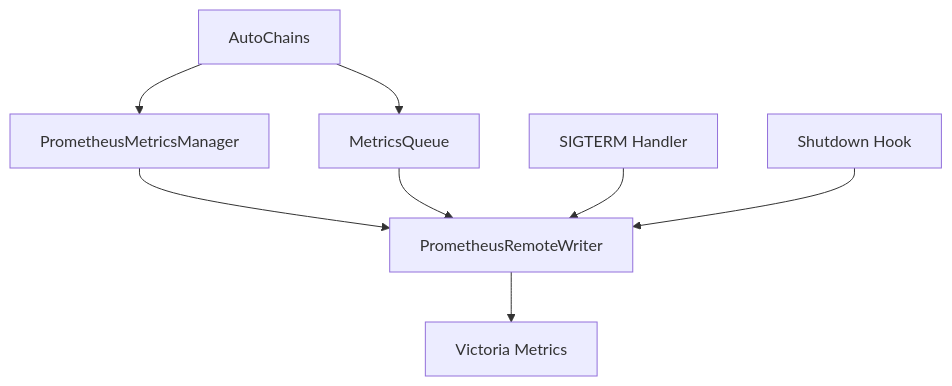
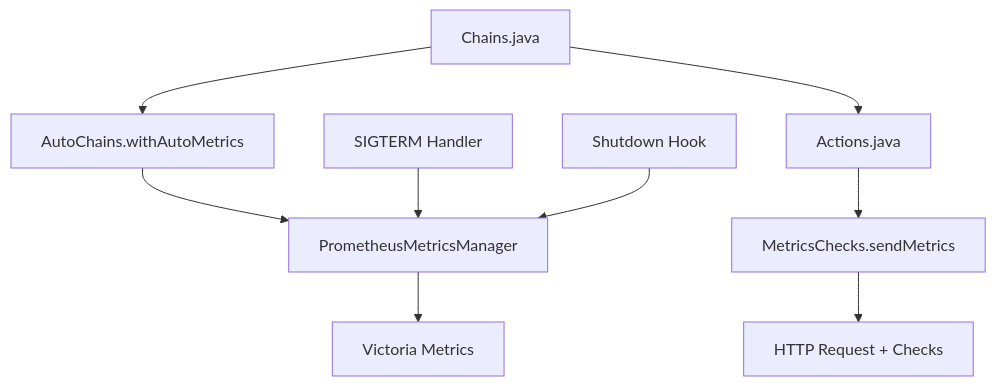
The diagram in README.md (Penelopa23/gatling-metrics-plugin), drawn with Mermaid before and after one commit. The commit also changed other lines of this file, not shown here.

````diff
--- a/README.md
+++ b/README.md
@@ -114,11 +76,12 @@
 ```mermaid
 graph TB
-    A[AutoChains] --> B[PrometheusMetricsManager]
-    A --> C[MetricsQueue]
-    B --> D[PrometheusRemoteWriter]
-    C --> D
-    D --> E[Victoria Metrics]
+    A[Chains.java] --> B[AutoChains.withAutoMetrics]
+    A --> C[Actions.java]
+    C --> D[MetricsChecks.sendMetrics]
+    D --> E[HTTP Request + Checks]
+    B --> F[PrometheusMetricsManager]
+    F --> G[Victoria Metrics]
     
-    F[SIGTERM Handler] --> D
-    G[Shutdown Hook] --> D
+    H[SIGTERM Handler] --> F
+    I[Shutdown Hook] --> F
 ```
````
